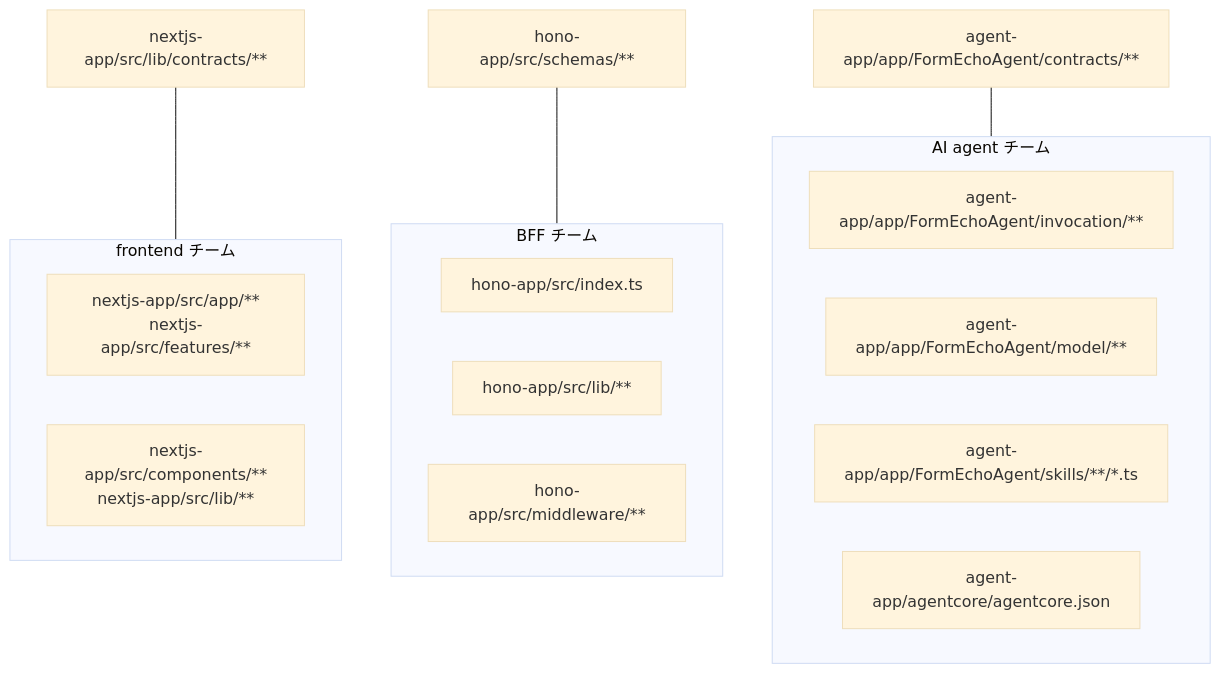
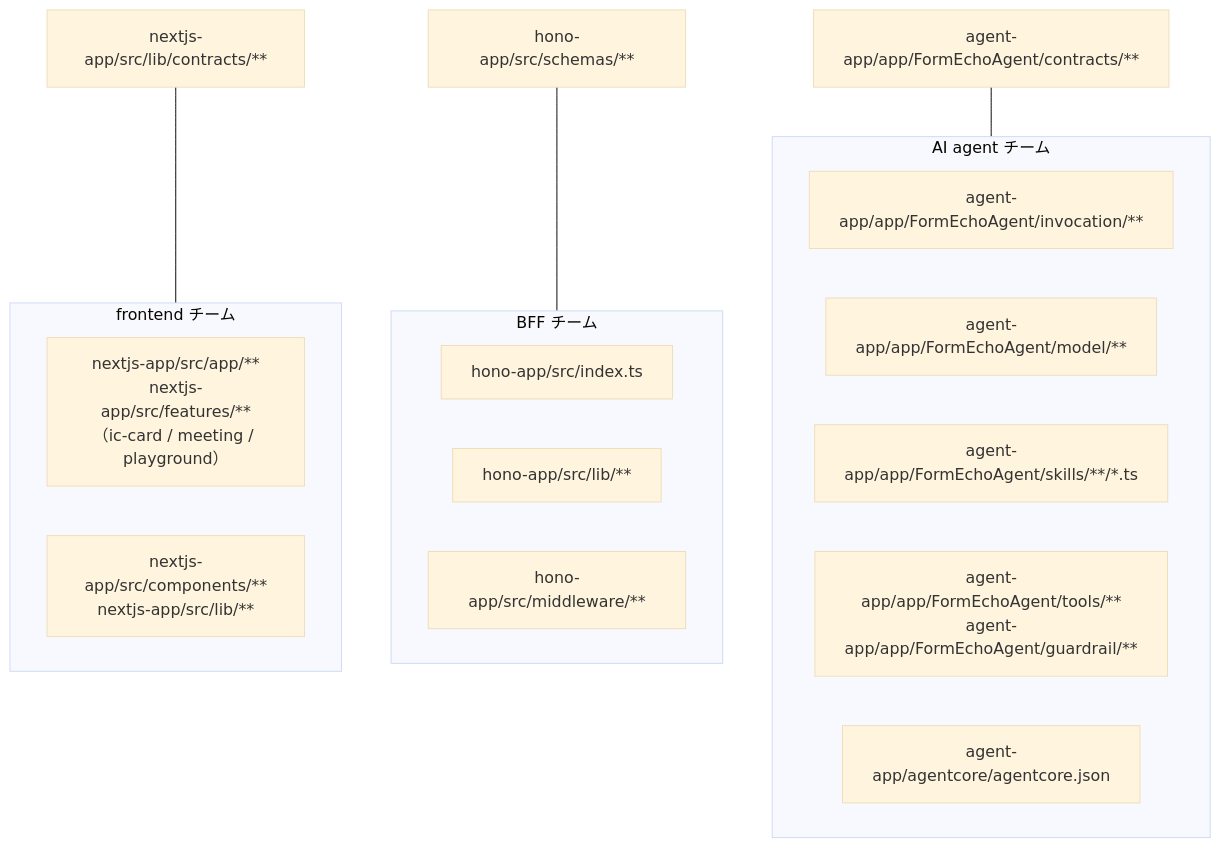
The first of 2 diagrams in docs/responsibilities.md (ag-ke-nakamura/form-echo-agent), drawn with Mermaid (base theme) before and after one commit. The commit also changed other lines of this file and 6 other files, not shown here.

````diff
--- a/docs/responsibilities.md
+++ b/docs/responsibilities.md
@@ -21,28 +25,29 @@
 ```mermaid
 graph TB
     subgraph fe["frontend チーム"]
-        F1["nextjs-app/src/app/**<br/>nextjs-app/src/features/**"]
+        F1["nextjs-app/src/app/**<br/>nextjs-app/src/features/**<br/>（ic-card / meeting / playground）"]
         F2["nextjs-app/src/components/**<br/>nextjs-app/src/lib/**"]
     end
 
     subgraph be["BFF チーム"]
         B1["hono-app/src/index.ts"]
         B2["hono-app/src/lib/**"]
         B3["hono-app/src/middleware/**"]
     end
 
     subgraph ai["AI agent チーム"]
         A1["agent-app/app/FormEchoAgent/invocation/**"]
         A2["agent-app/app/FormEchoAgent/model/**"]
         A3["agent-app/app/FormEchoAgent/skills/**/*.ts"]
-        A4["agent-app/agentcore/agentcore.json"]
+        A4["agent-app/app/FormEchoAgent/tools/**<br/>agent-app/app/FormEchoAgent/guardrail/**"]
+        A6["agent-app/agentcore/agentcore.json"]
     end
 
     F3["nextjs-app/src/lib/contracts/**"]
     B4["hono-app/src/schemas/**"]
     A5["agent-app/app/FormEchoAgent/contracts/**"]
 
     F3 --- fe
     B4 --- be
     A5 --- ai
 ```
````
